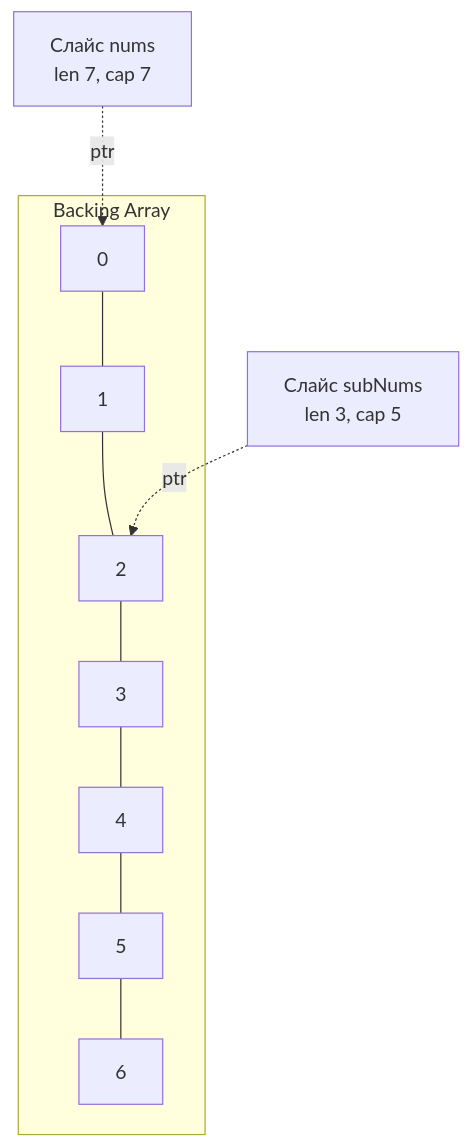
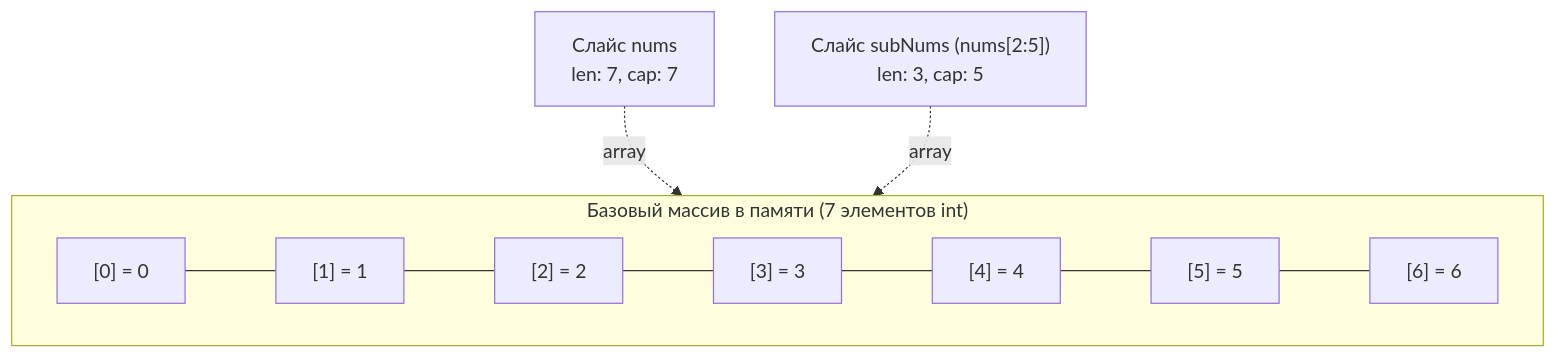
Before and after one commit to UnrealTemplier/go-textbook: the second of 4 diagrams in sources/20. Алгоритмы и структуры данных (DSA) на Go/02. Базовые структуры данных/2. Слайсы в Go как структура данных.md, drawn with Mermaid. The commit also changed other lines of this file, not shown here.

````diff
--- a/sources/20. Алгоритмы и структуры данных (DSA) на Go/02. Базовые структуры данных/2. Слайсы в Go как структура данных.md
+++ b/sources/20. Алгоритмы и структуры данных (DSA) на Go/02. Базовые структуры данных/2. Слайсы в Go как структура данных.md
@@ -56,9 +66,10 @@
 ```mermaid
 flowchart TD
-    subgraph Backing Array
-    A0["0"] --- A1["1"] --- A2["2"] --- A3["3"] --- A4["4"] --- A5["5"] --- A6["6"]
+    subgraph BackingArray["Базовый массив в памяти (7 элементов int)"]
+        direction LR
+        A0["[0] = 0"] --- A1["[1] = 1"] --- A2["[2] = 2"] --- A3["[3] = 3"] --- A4["[4] = 4"] --- A5["[5] = 5"] --- A6["[6] = 6"]
     end
 
-    S1["Слайс nums<br>len 7, cap 7"] -.->|"ptr"| A0
-    S2["Слайс subNums<br>len 3, cap 5"] -.->|"ptr"| A2
+    S1["Слайс nums<br/>len: 7, cap: 7"] -.->|"array"| A0
+    S2["Слайс subNums (nums[2:5])<br/>len: 3, cap: 5"] -.->|"array"| A2
 ```
````
